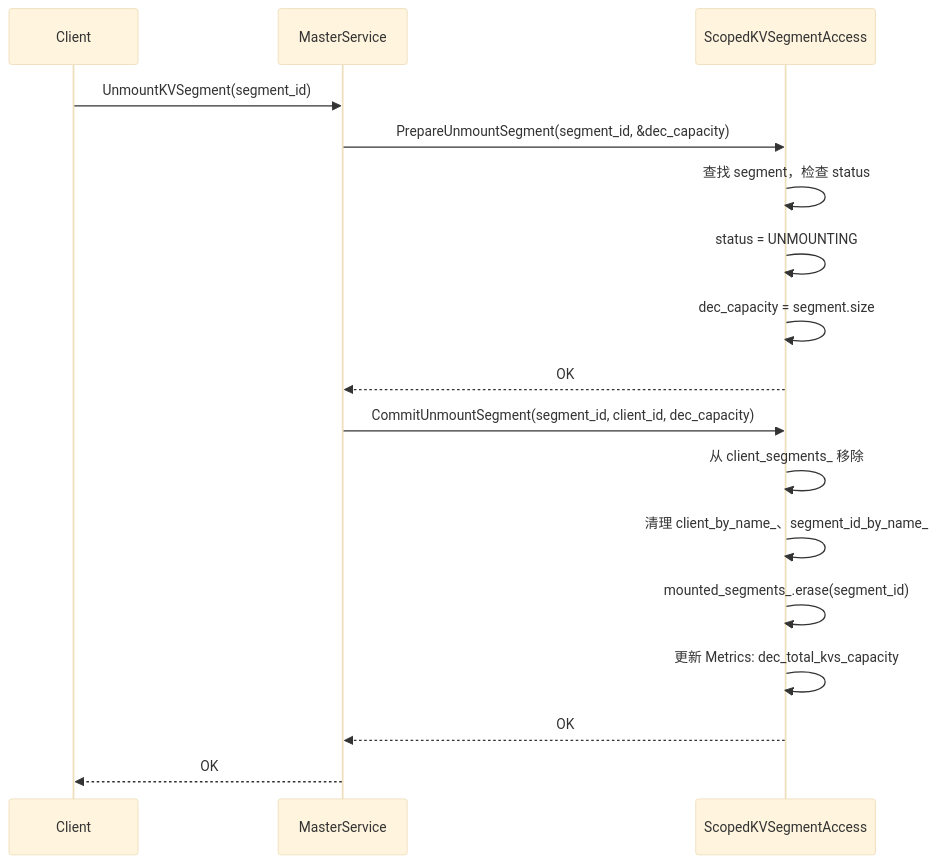
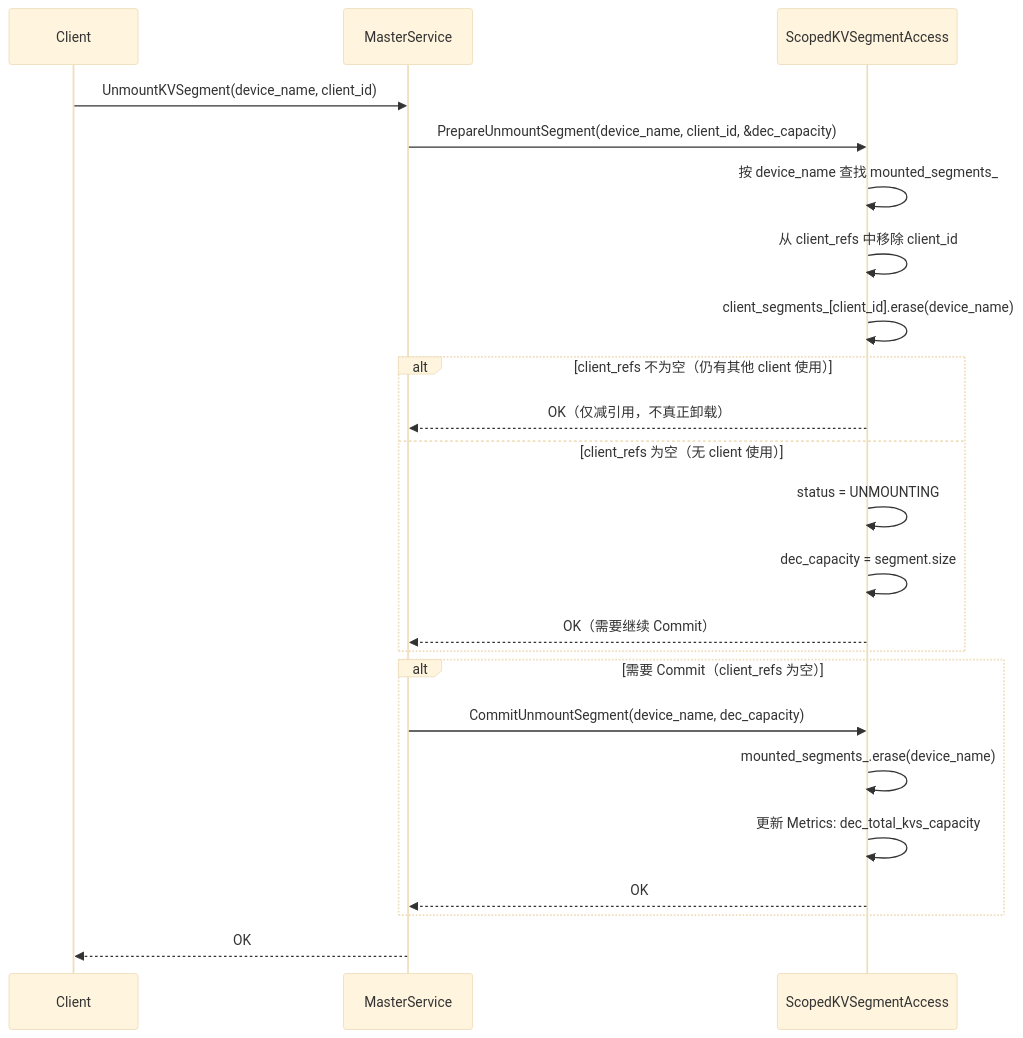
Before and after one commit to yz53665/Mooncake: the eighth of 10 diagrams in mooncake-store/docs/KVUSegment_design.md, drawn with Mermaid (base theme). The commit also changed other lines of this file, not shown here.

````diff
--- a/mooncake-store/docs/KVUSegment_design.md
+++ b/mooncake-store/docs/KVUSegment_design.md
@@ -376,23 +391,30 @@
 ```mermaid
 sequenceDiagram
     participant Client
     participant MS as MasterService
     participant SA as ScopedKVSegmentAccess
 
-    Client->>MS: UnmountKVSegment(segment_id)
+    Client->>MS: UnmountKVSegment(device_name, client_id)
 
-    MS->>SA: PrepareUnmountSegment(segment_id, &dec_capacity)
-    SA->>SA: 查找 segment，检查 status
-    SA->>SA: status = UNMOUNTING
-    SA->>SA: dec_capacity = segment.size
-    SA-->>MS: OK
+    MS->>SA: PrepareUnmountSegment(device_name, client_id, &dec_capacity)
+    SA->>SA: 按 device_name 查找 mounted_segments_
+    SA->>SA: 从 client_refs 中移除 client_id
+    SA->>SA: client_segments_[client_id].erase(device_name)
 
-    MS->>SA: CommitUnmountSegment(segment_id, client_id, dec_capacity)
-    SA->>SA: 从 client_segments_ 移除
-    SA->>SA: 清理 client_by_name_、segment_id_by_name_
-    SA->>SA: mounted_segments_.erase(segment_id)
-    SA->>SA: 更新 Metrics: dec_total_kvs_capacity
-    SA-->>MS: OK
+    alt client_refs 不为空（仍有其他 client 使用）
+        SA-->>MS: OK（仅减引用，不真正卸载）
+    else client_refs 为空（无 client 使用）
+        SA->>SA: status = UNMOUNTING
+        SA->>SA: dec_capacity = segment.size
+        SA-->>MS: OK（需要继续 Commit）
+    end
+
+    alt 需要 Commit（client_refs 为空）
+        MS->>SA: CommitUnmountSegment(device_name, dec_capacity)
+        SA->>SA: mounted_segments_.erase(device_name)
+        SA->>SA: 更新 Metrics: dec_total_kvs_capacity
+        SA-->>MS: OK
+    end
 
     MS-->>Client: OK
 ```
````
